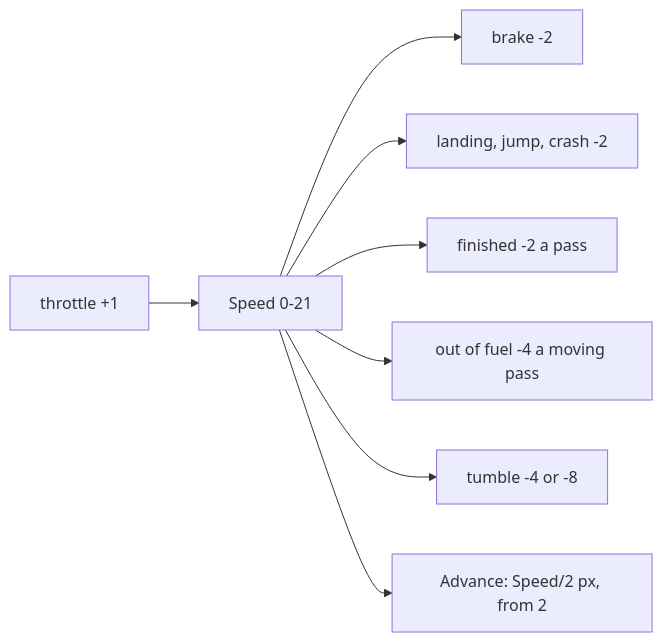
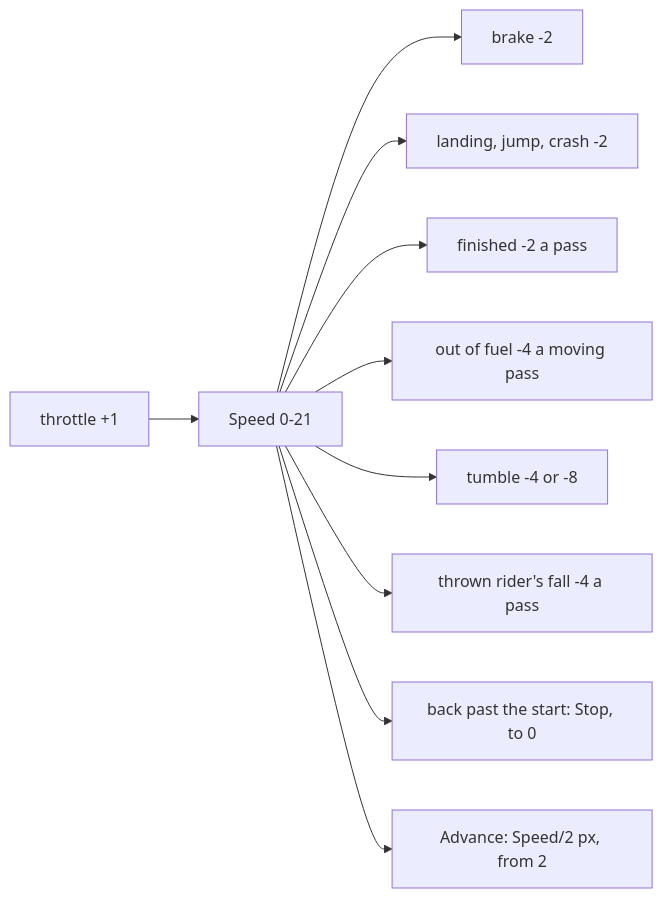
Before and after one commit to alfishe/unrealng-reverse-cases: diagram 11 of 19 in games/atv-simulator/docs/10-gameplay-logic.md, drawn with Mermaid. The commit also changed other lines of this file and 30 other files, not shown here.

````diff
--- a/games/atv-simulator/docs/10-gameplay-logic.md
+++ b/games/atv-simulator/docs/10-gameplay-logic.md
@@ -1287,10 +1316,12 @@
 ```mermaid
 flowchart LR
     T["throttle +1"] --> S["Speed 0-21"]
     S --> B["brake -2"]
     S --> L["landing, jump, crash -2"]
     S --> F["finished -2 a pass"]
     S --> O["out of fuel -4 a moving pass"]
     S --> U["tumble -4 or -8"]
+    S --> R["thrown rider's fall -4 a pass"]
+    S --> Z["back past the start: Stop, to 0"]
     S --> A["Advance: Speed/2 px, from 2"]
 ```
````
